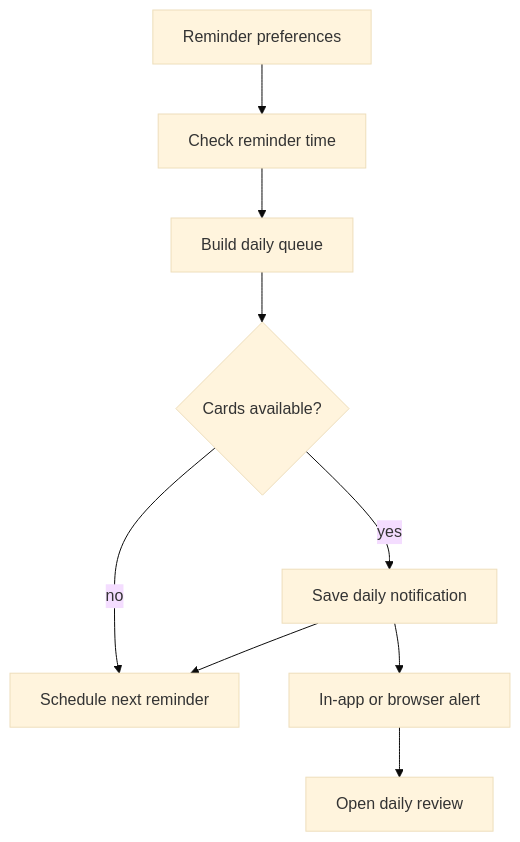
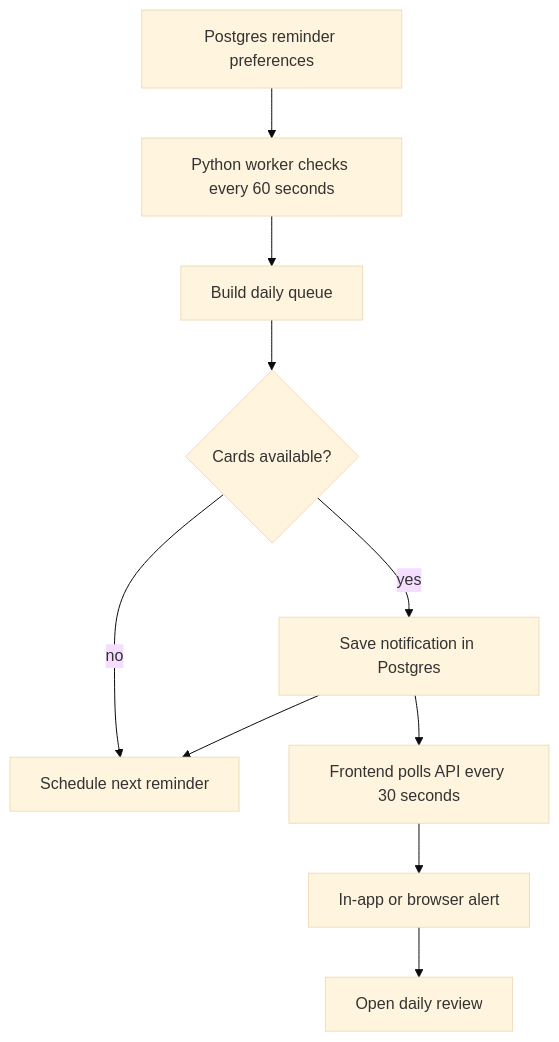
One commit to rabhishek100/agentic_study_partner changed the tenth of 15 diagrams in docs/flows.md. Above: the diagram before and after it, drawn with Mermaid (base theme). The commit also changed other lines of this file and 1 other file, not shown here.

Commit message:
Document daily reminder scheduling and delivery

````diff
--- a/docs/flows.md
+++ b/docs/flows.md
@@ -211,11 +211,12 @@
 ```mermaid
 flowchart TD
-    P[Reminder preferences] --> W[Check reminder time]
+    P[Postgres reminder preferences] --> W[Python worker checks every 60 seconds]
     W --> Q[Build daily queue]
     Q --> E{Cards available?}
-    E -->|yes| N[Save daily notification]
+    E -->|yes| N[Save notification in Postgres]
     E -->|no| S[Schedule next reminder]
     N --> S
-    N --> U[In-app or browser alert]
+    N --> F[Frontend polls API every 30 seconds]
+    F --> U[In-app or browser alert]
     U --> R[Open daily review]
 ```
````
